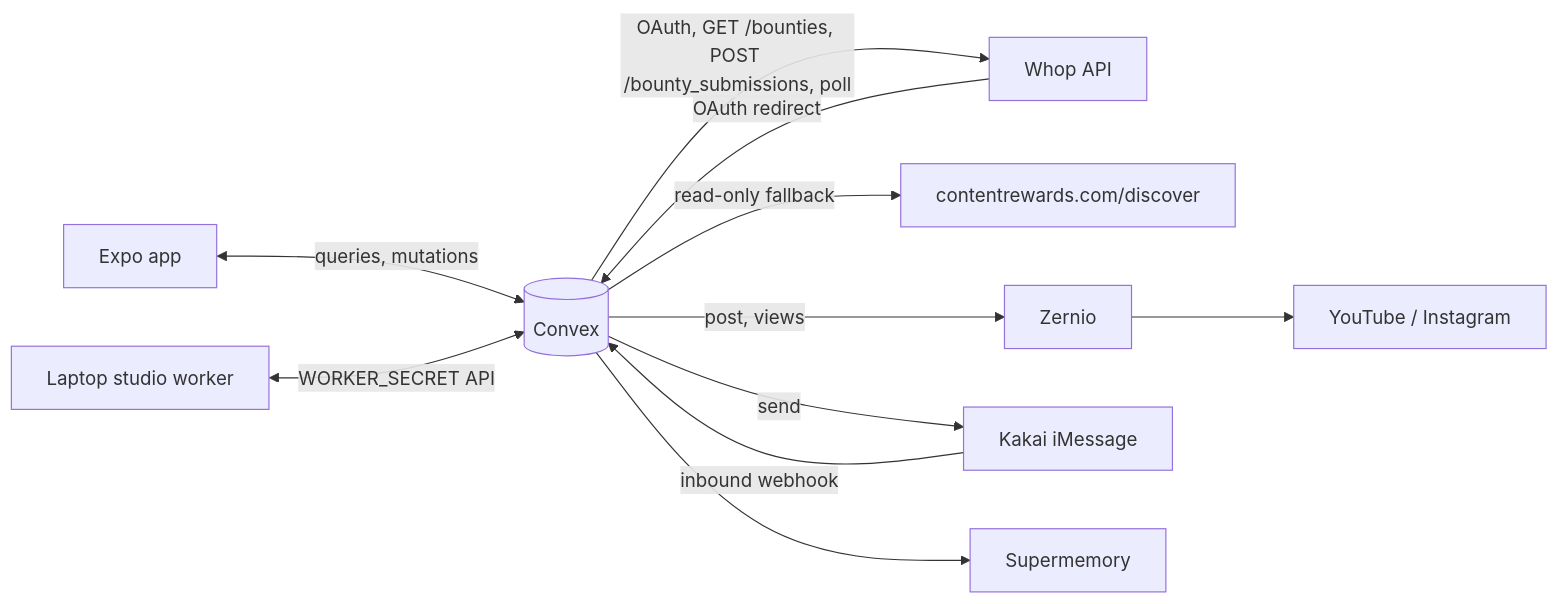
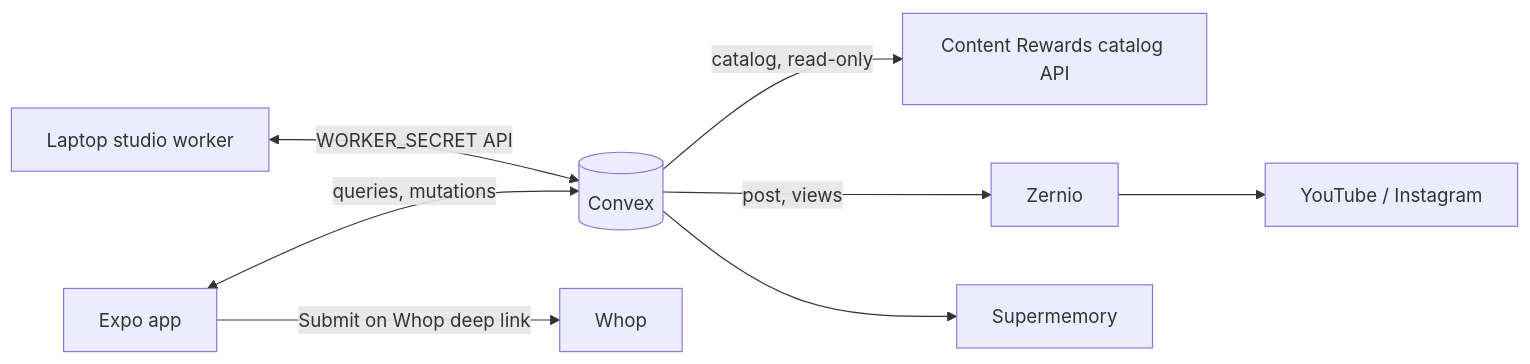
One commit to KING-MOI/capypost changed the diagram in BUILD_PLAN.md. Above: the diagram before and after it, drawn with Mermaid. The commit also changed other lines of this file and 15 other files, not shown here.

````diff
--- a/BUILD_PLAN.md
+++ b/BUILD_PLAN.md
@@ -99,12 +109,9 @@
 ```mermaid
 flowchart LR
   App[Expo app] <-->|queries, mutations| Convex[(Convex)]
   Studio[Laptop studio worker] <-->|WORKER_SECRET API| Convex
-  Convex -->|OAuth, GET /bounties, POST /bounty_submissions, poll| Whop[Whop API]
-  Convex -->|read-only fallback| CR[contentrewards.com/discover]
+  Convex -->|catalog, read-only| CR[Content Rewards catalog API]
+  App -->|Submit on Whop deep link| Whop[Whop]
   Convex -->|post, views| Zernio --> YT[YouTube / Instagram]
-  Convex -->|send| Kakai[Kakai iMessage]
-  Kakai -->|inbound webhook| Convex
-  Whop -->|OAuth redirect| Convex
   Convex --> SM[Supermemory]
 ```
````
